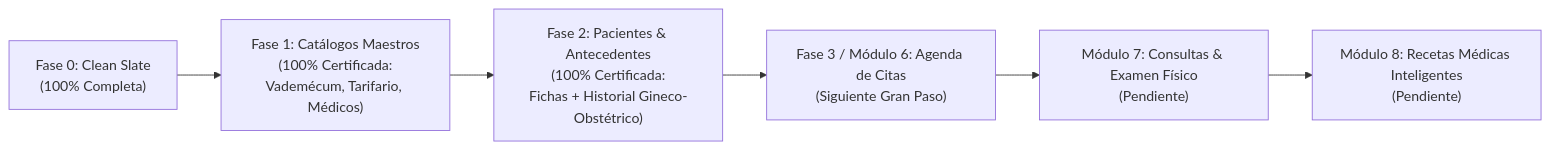
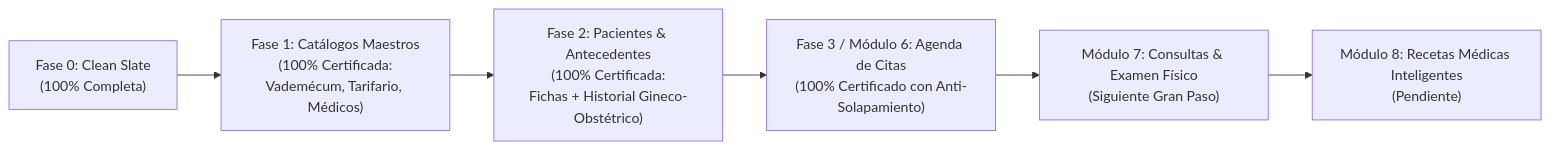
One commit to VinKE3/cendo-demo changed the diagram in docs/PROGRESS.md. Above: the diagram before and after it, drawn with Mermaid. The commit also changed other lines of this file and 9 other files, not shown here.

Commit message:
feat(agenda): modular architecture, doctor schedule anti-collision validator and certified appointments CRUD

````diff
--- a/docs/PROGRESS.md
+++ b/docs/PROGRESS.md
@@ -23,8 +23,8 @@
 ```mermaid
 flowchart LR
     Fase0["Fase 0: Clean Slate\n(100% Completa)"] --> Fase1["Fase 1: Catálogos Maestros\n(100% Certificada:\nVademécum, Tarifario, Médicos)"]
     Fase1 --> Fase2["Fase 2: Pacientes & Antecedentes\n(100% Certificada:\nFichas + Historial Gineco-Obstétrico)"]
-    Fase2 --> Mod6["Fase 3 / Módulo 6: Agenda de Citas\n(Siguiente Gran Paso)"]
-    Mod6 --> Mod7["Módulo 7: Consultas & Examen Físico\n(Pendiente)"]
+    Fase2 --> Mod6["Fase 3 / Módulo 6: Agenda de Citas\n(100% Certificado con Anti-Solapamiento)"]
+    Mod6 --> Mod7["Módulo 7: Consultas & Examen Físico\n(Siguiente Gran Paso)"]
     Mod7 --> Mod8["Módulo 8: Recetas Médicas Inteligentes\n(Pendiente)"]
 ```
````
